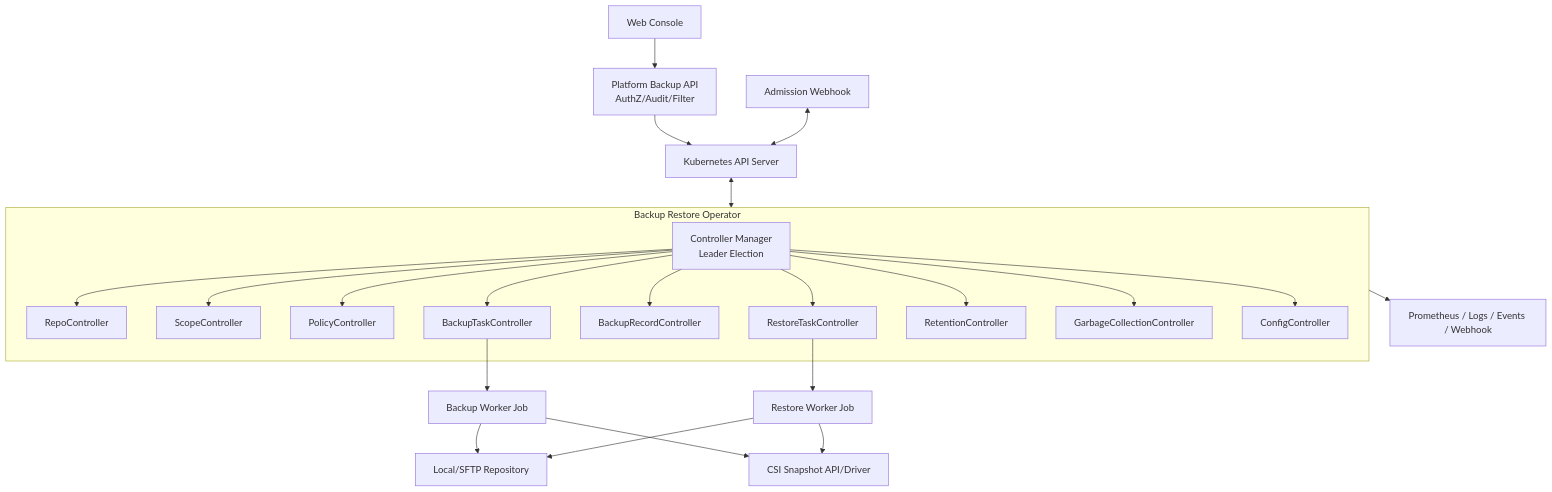
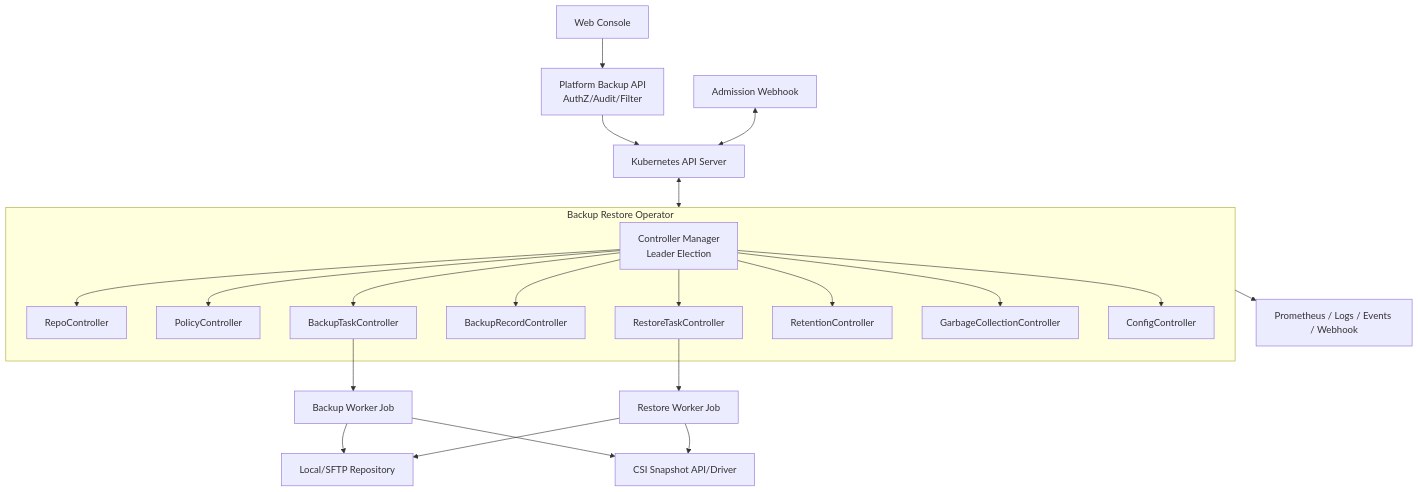
Before and after one commit to 544129603/backup-restore: the first of 4 diagrams in docs/backup-restore/04-Operator技术架构.md, drawn with Mermaid. The commit also changed other lines of this file and 11 other files, not shown here.

````diff
--- a/docs/backup-restore/04-Operator技术架构.md
+++ b/docs/backup-restore/04-Operator技术架构.md
@@ -7,27 +7,26 @@
 ```mermaid
 flowchart TB
   UI["Web Console"] --> PA["Platform Backup API\nAuthZ/Audit/Filter"]
   PA --> KAPI["Kubernetes API Server"]
   WH["Admission Webhook"] <--> KAPI
   subgraph OP["Backup Restore Operator"]
     MGR["Controller Manager\nLeader Election"]
     RC["RepoController"]
-    SC["ScopeController"]
     PC["PolicyController"]
     BTC["BackupTaskController"]
     BRC["BackupRecordController"]
     RTC["RestoreTaskController"]
     RET["RetentionController"]
     GC["GarbageCollectionController"]
     CFG["ConfigController"]
-    MGR --> RC & SC & PC & BTC & BRC & RTC & RET & GC & CFG
+    MGR --> RC & PC & BTC & BRC & RTC & RET & GC & CFG
   end
   KAPI <--> OP
   BTC --> BJ["Backup Worker Job"]
   RTC --> RJ["Restore Worker Job"]
   BJ --> REPO["Local/SFTP Repository"]
   RJ --> REPO
   BJ --> CSI["CSI Snapshot API/Driver"]
   RJ --> CSI
   OP --> OBS["Prometheus / Logs / Events / Webhook"]
 ```
````
